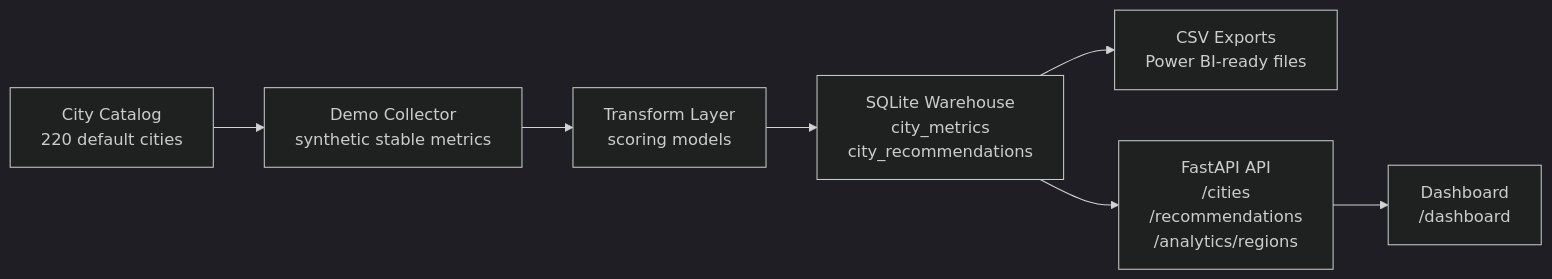
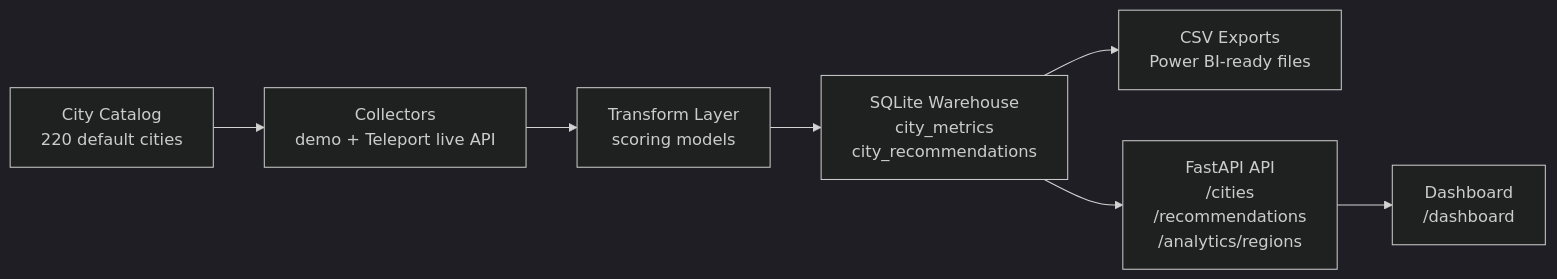
One commit to sandeshrajbhandari/cities-data-pipeline changed the first of 6 diagrams in dev-notes.md. Above: the diagram before and after it, drawn with Mermaid (dark theme). The commit also changed other lines of this file and 10 other files, not shown here.

Commit message:
feat: integrate Teleport live city data source

````diff
--- a/dev-notes.md
+++ b/dev-notes.md
@@ -19,17 +20,17 @@
 ```mermaid
 flowchart LR
     catalog["City Catalog<br/>220 default cities"]
-    collector["Demo Collector<br/>synthetic stable metrics"]
+    collector["Collectors<br/>demo + Teleport live API"]
     transform["Transform Layer<br/>scoring models"]
     warehouse["SQLite Warehouse<br/>city_metrics<br/>city_recommendations"]
     exports["CSV Exports<br/>Power BI-ready files"]
     api["FastAPI API<br/>/cities<br/>/recommendations<br/>/analytics/regions"]
     dashboard["Dashboard<br/>/dashboard"]
 
     catalog --> collector
     collector --> transform
     transform --> warehouse
     warehouse --> exports
     warehouse --> api
     api --> dashboard
 ```
````
